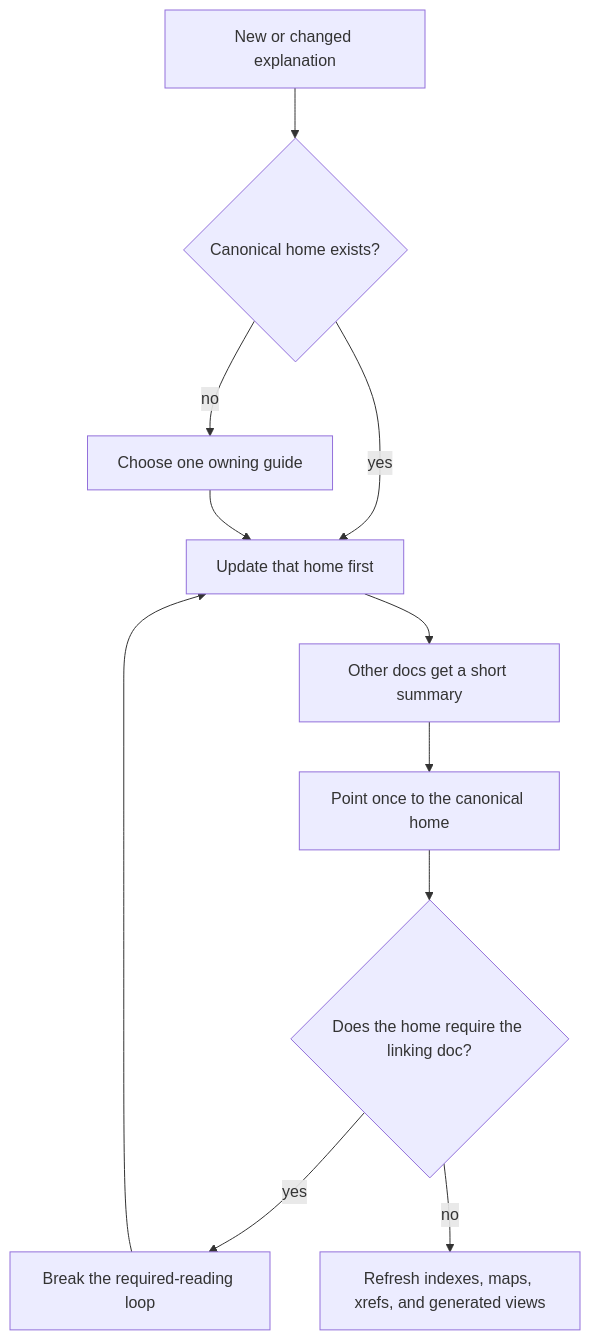
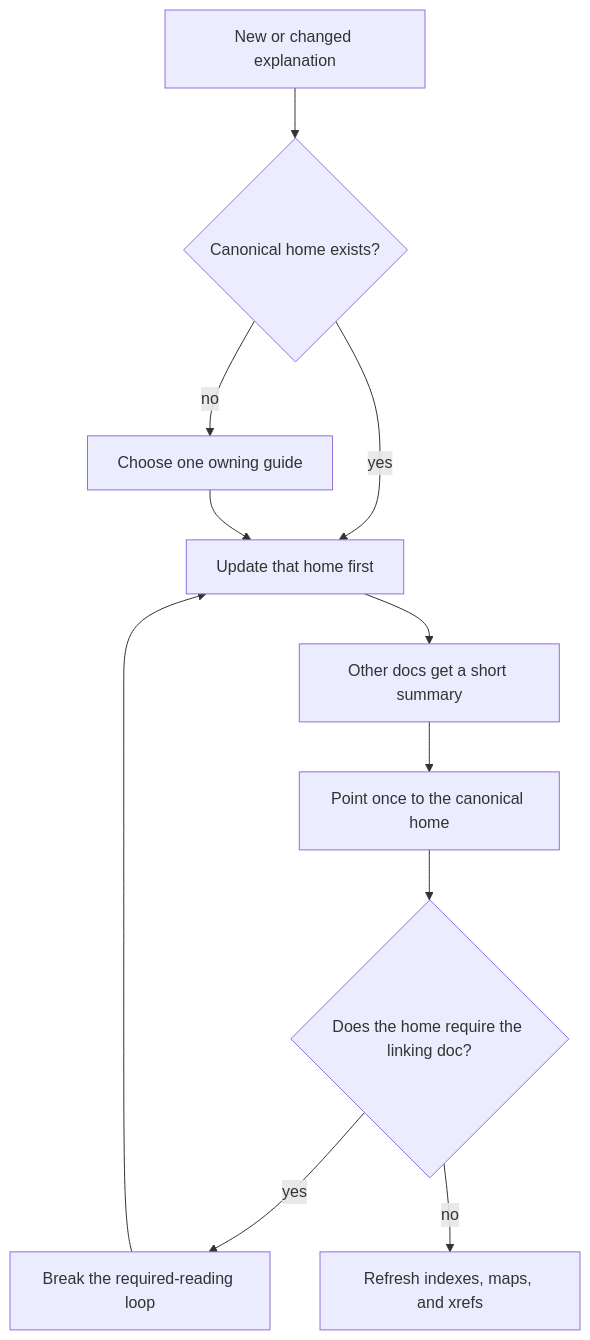
Before and after one commit to 95westus/R-YORS: the diagram in DOC/GUIDES/DECISIONS.md, drawn with Mermaid. The commit also changed other lines of this file and 90 other files, not shown here.

````diff
--- a/DOC/GUIDES/DECISIONS.md
+++ b/DOC/GUIDES/DECISIONS.md
@@ -549,13 +555,13 @@
 ```mermaid
 flowchart TD
     IDEA["New or changed explanation"] --> KNOWN{"Canonical home exists?"}
     KNOWN -->|yes| HOME["Update that home first"]
     KNOWN -->|no| CHOOSE["Choose one owning guide"]
     CHOOSE --> HOME
     HOME --> SUMMARY["Other docs get a short summary"]
     SUMMARY --> LINK["Point once to the canonical home"]
     LINK --> LOOP{"Does the home require the linking doc?"}
     LOOP -->|yes| FIX["Break the required-reading loop"]
-    LOOP -->|no| VIEWS["Refresh indexes, maps, xrefs, and generated views"]
+    LOOP -->|no| VIEWS["Refresh indexes, maps, and xrefs"]
     FIX --> HOME
 ```
````
